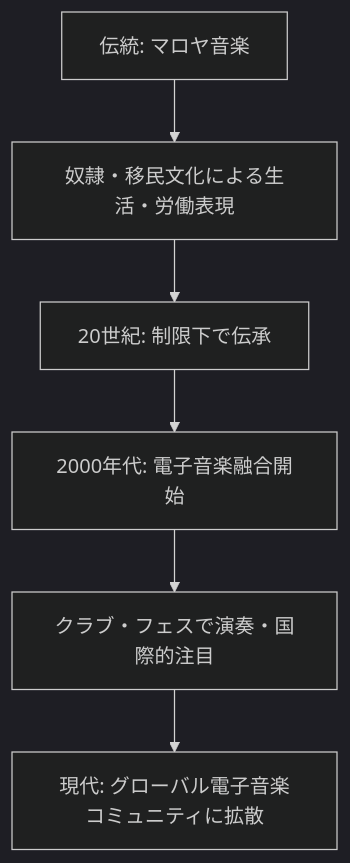
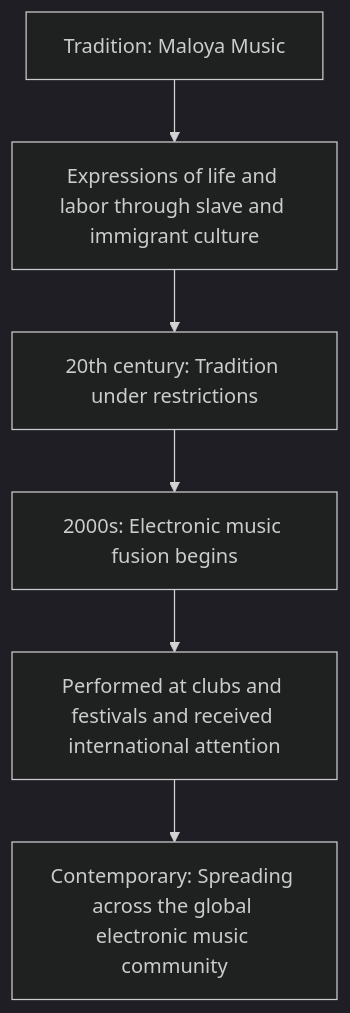
One commit to monumental-movement/monumental-movement.github.io changed the fifth of 6 diagrams in en/_posts/2025-10-04-Column-Nyege-Nyege.md. Above: the diagram before and after it, drawn with Mermaid (dark theme). The commit also changed other lines of this file and 1631 other files, not shown here.

```diff
--- a/en/_posts/2025-10-04-Column-Nyege-Nyege.md
+++ b/en/_posts/2025-10-04-Column-Nyege-Nyege.md
@@ -250,10 +244,10 @@
 <div class="mermaid">
 
 flowchart TD
-    A["伝統: マロヤ音楽"] --> B["奴隷・移民文化による生活・労働表現"]
-    B --> C["20世紀: 制限下で伝承"]
-    C --> D["2000年代: 電子音楽融合開始"]
-    D --> E["クラブ・フェスで演奏・国際的注目"]
-    E --> F["現代: グローバル電子音楽コミュニティに拡散"]
+    A["Tradition: Maloya Music"] --> B["Expressions of life and labor through slave and immigrant culture"]
+    B --> C["20th century: Tradition under restrictions"]
+    C --> D["2000s: Electronic music fusion begins"]
+    D --> E["Performed at clubs and festivals and received international attention"]
+    E --> F["Contemporary: Spreading across the global electronic music community"]
 
 </div>
```
